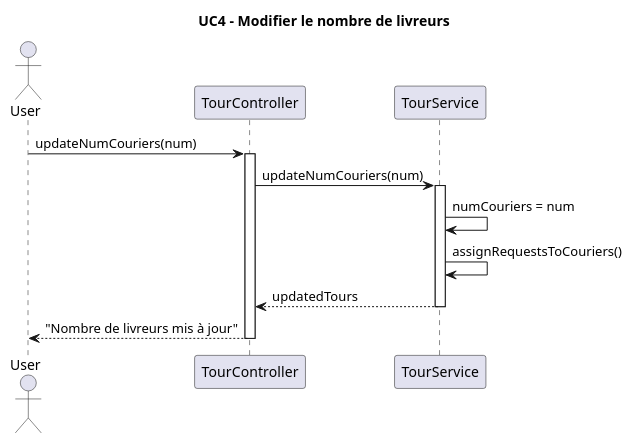
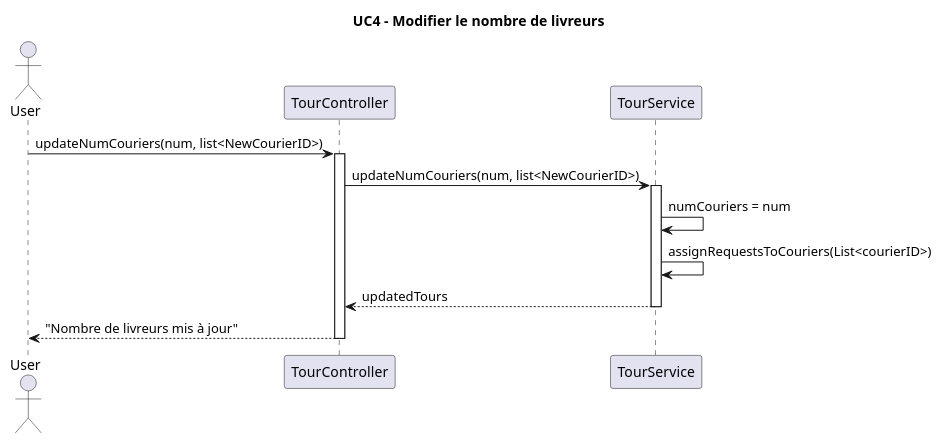
The diagram in diagrams/diagramUC4.plantuml (enzo-dosanjos/Pickup_Delivery_App), drawn with PlantUML before and after one commit. The commit also changed 29 other files, not shown here.

```diff
--- a/diagrams/diagramUC4.plantuml
+++ b/diagrams/diagramUC4.plantuml
@@ -1,21 +1,21 @@
 @startuml
 title UC4 - Modifier le nombre de livreurs
 
 actor User
 participant "TourController" as TC
 participant "TourService" as TS
 
-User -> TC : updateNumCouriers(num)
+User -> TC : updateNumCouriers(num, list<NewCourierID>)
 activate TC
 
-TC -> TS : updateNumCouriers(num)
+TC -> TS : updateNumCouriers(num, list<NewCourierID>)
 activate TS
 
 TS -> TS : numCouriers = num
-TS -> TS : assignRequestsToCouriers() 
+TS -> TS : assignRequestsToCouriers(List<courierID>) 
 TS --> TC : updatedTours
 deactivate TS
 
 TC --> User : "Nombre de livreurs mis à jour"
 deactivate TC
 @enduml
```
